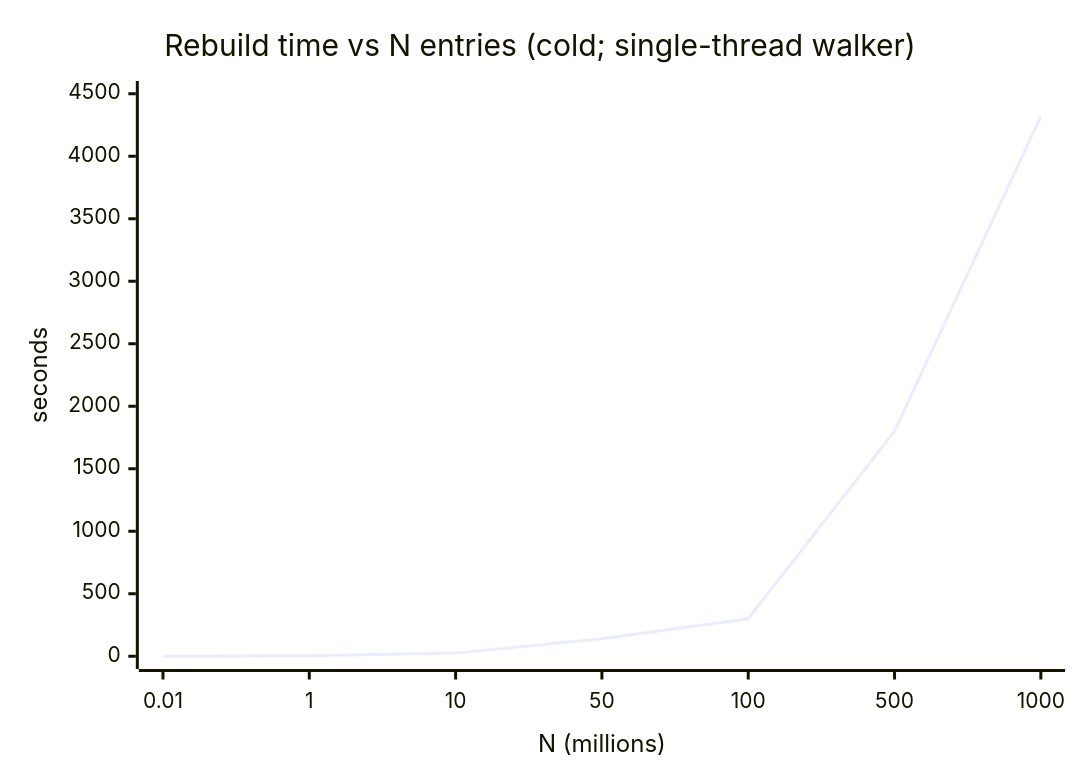
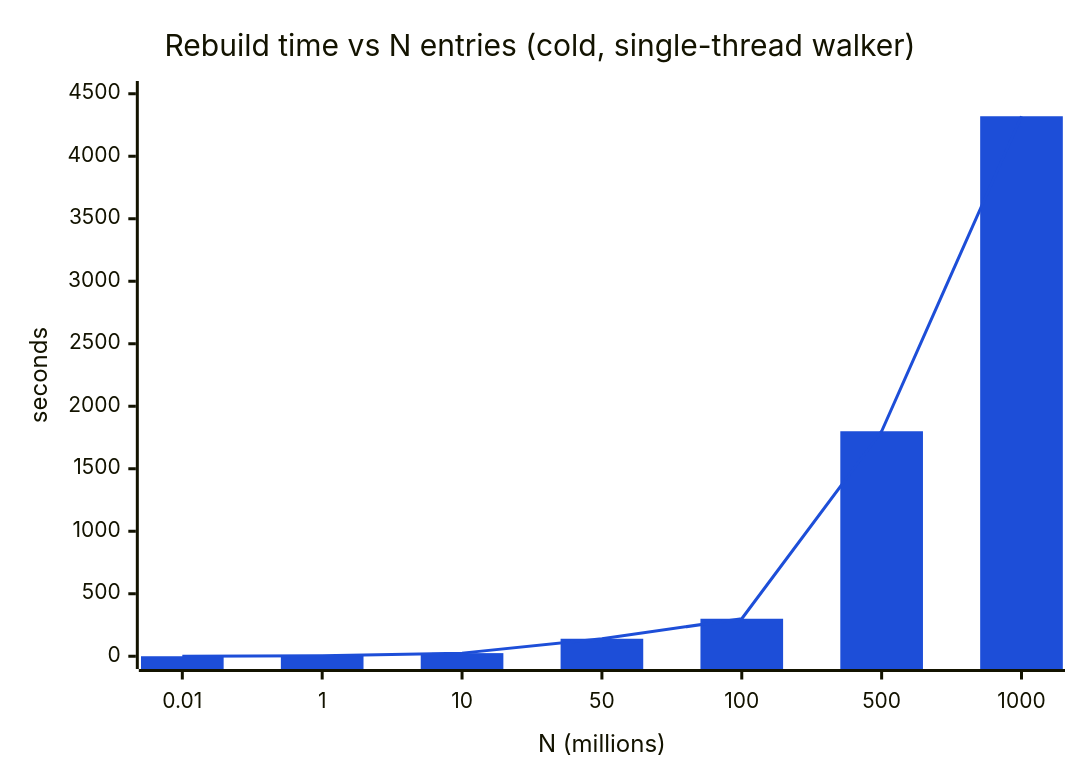
One commit to o2alexanderfedin/slicefs changed diagram 11 of 13 in .planning/research/dedup-index/ARCHITECTURE.md. Above: the diagram before and after it, drawn with Mermaid. The commit also changed other lines of this file and 1 other file, not shown here.

First line of the commit message:
docs: improve §9.3 rebuild-cost chart visibility

````diff
--- a/.planning/research/dedup-index/ARCHITECTURE.md
+++ b/.planning/research/dedup-index/ARCHITECTURE.md
@@ -509,7 +509,14 @@
 ```mermaid
+---
+config:
+  themeVariables:
+    xyChart:
+      plotColorPalette: "#1d4ed8"
+---
 xychart-beta
-    title "Rebuild time vs N entries (cold; single-thread walker)"
+    title "Rebuild time vs N entries (cold, single-thread walker)"
     x-axis "N (millions)" [0.01, 1, 10, 50, 100, 500, 1000]
     y-axis "seconds" 0 --> 4500
+    bar [0.1, 3.5, 25, 140, 300, 1800, 4320]
     line [0.1, 3.5, 25, 140, 300, 1800, 4320]
 ```
````
